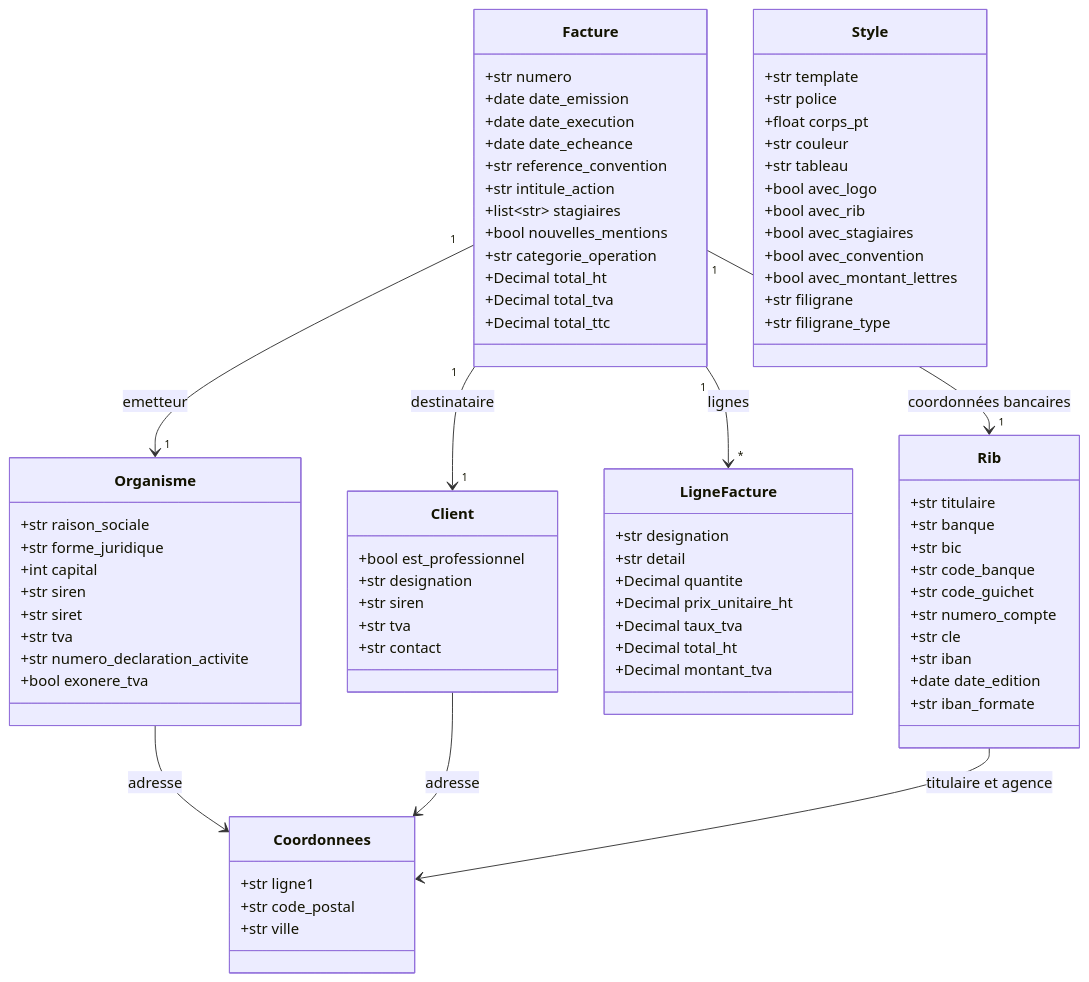
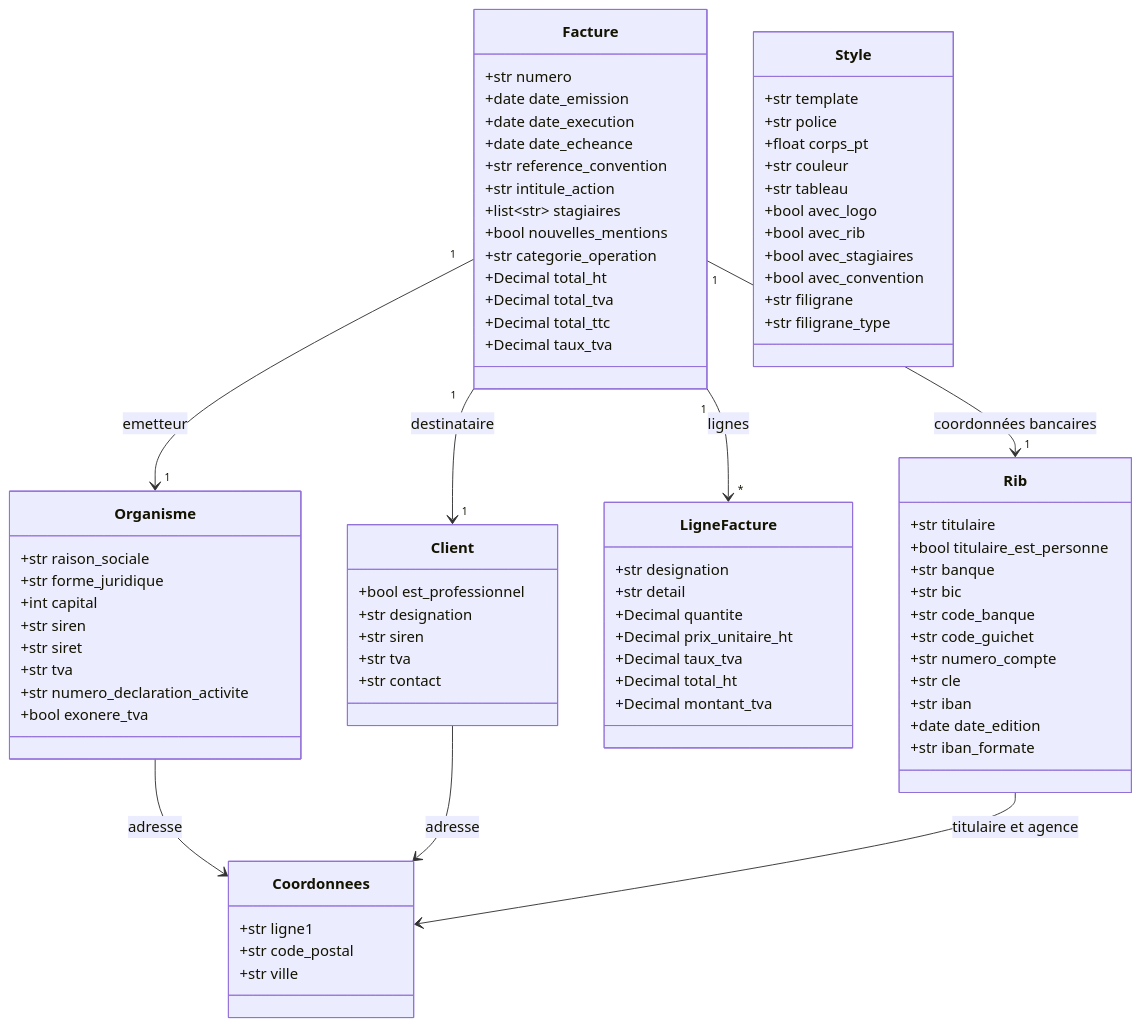
One commit to xelema/Detect-Doc changed the second of 3 diagrams in tools/CorpusGenerator/README.md. Above: the diagram before and after it, drawn with Mermaid. The commit also changed other lines of this file and 15 other files, not shown here.

```diff
--- a/tools/CorpusGenerator/README.md
+++ b/tools/CorpusGenerator/README.md
@@ -86,6 +86,7 @@
         +Decimal total_ht
         +Decimal total_tva
         +Decimal total_ttc
+        +Decimal taux_tva
     }
     class Organisme {
         +str raison_sociale
@@ -115,6 +116,7 @@
     }
     class Rib {
         +str titulaire
+        +bool titulaire_est_personne
         +str banque
         +str bic
         +str code_banque
@@ -140,7 +142,6 @@
         +bool avec_rib
         +bool avec_stagiaires
         +bool avec_convention
-        +bool avec_montant_lettres
         +str filigrane
         +str filigrane_type
     }
```
